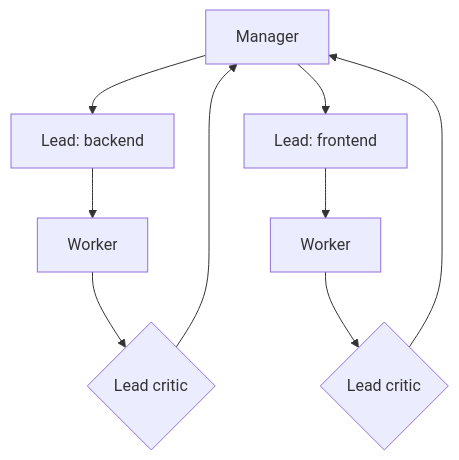
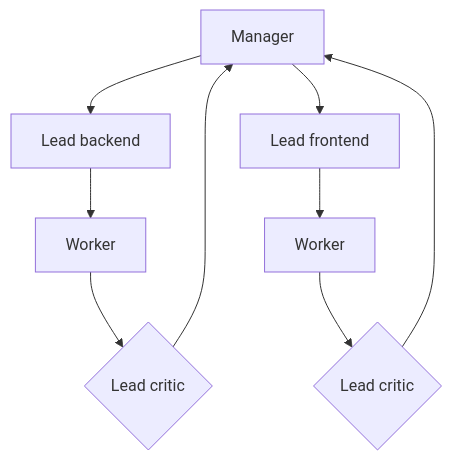
One commit to JNK234/claude-dotfiles changed the fourth of 14 diagrams in research/autonomous-agent-fleet.md. Above: the diagram before and after it, drawn with Mermaid. The commit also changed other lines of this file, not shown here.

````diff
--- a/research/autonomous-agent-fleet.md
+++ b/research/autonomous-agent-fleet.md
@@ -253,7 +223,7 @@
 ```mermaid
 flowchart TB
-  Mgr[Manager]-->La[Lead: backend]-->wa[Worker]
-  Mgr-->Lb[Lead: frontend]-->wb[Worker]
+  Mgr[Manager]-->La[Lead backend]-->wa[Worker]
+  Mgr-->Lb[Lead frontend]-->wb[Worker]
   wa-->Ca{Lead critic}-->Mgr
   wb-->Cb{Lead critic}-->Mgr
 ```
````
